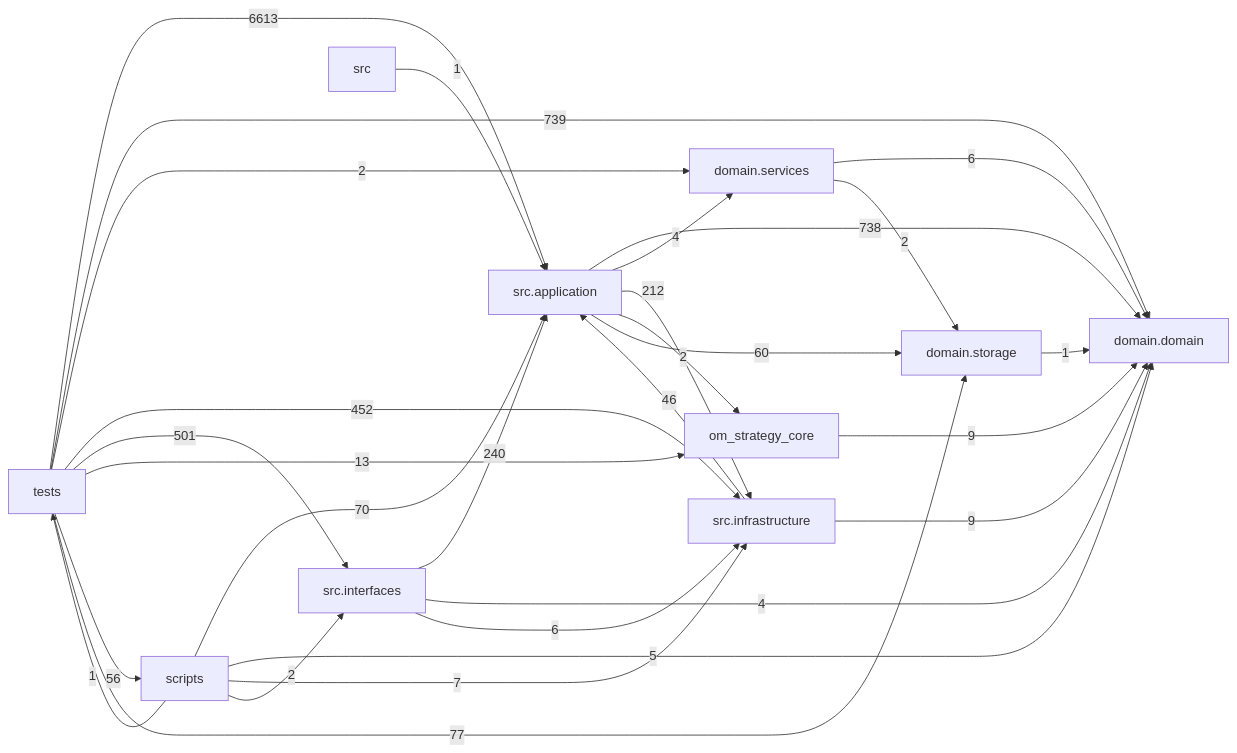
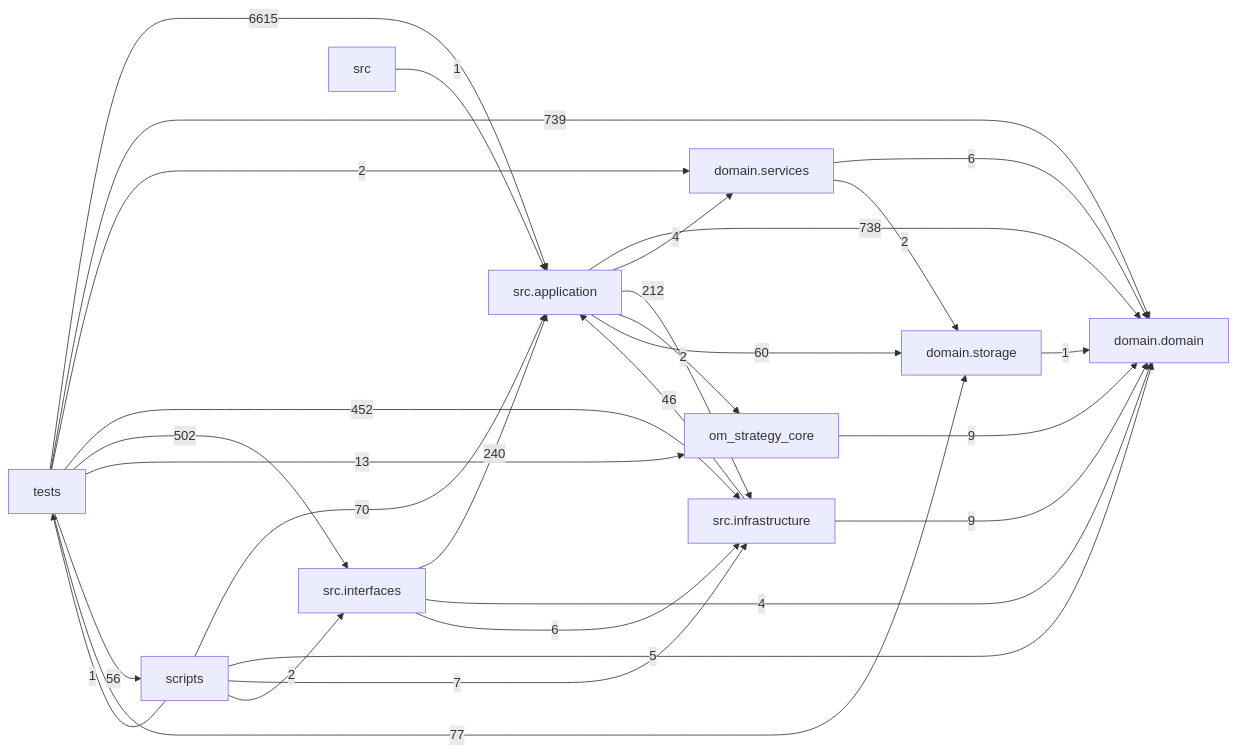
The diagram in docs/DEPENDENCY_GRAPH.md (liuxie066/options-monitor), drawn with Mermaid before and after one commit. The commit also changed other lines of this file and 4 other files, not shown here.

````diff
--- a/docs/DEPENDENCY_GRAPH.md
+++ b/docs/DEPENDENCY_GRAPH.md
@@ -24,39 +24,39 @@
 ```mermaid
 flowchart LR
   tests["tests"]
   scripts["scripts"]
   interfaces["src.interfaces"]
   application["src.application"]
   infrastructure["src.infrastructure"]
   domain_services["domain.services"]
   domain["domain.domain"]
   storage["domain.storage"]
   application -->|738| domain
   application -->|4| domain_services
   application -->|212| infrastructure
   application -->|2| om_strategy_core
   application -->|60| storage
   domain_services -->|6| domain
   domain_services -->|2| storage
   infrastructure -->|46| application
   infrastructure -->|9| domain
   interfaces -->|240| application
   interfaces -->|4| domain
   interfaces -->|6| infrastructure
   om_strategy_core -->|9| domain
   scripts -->|70| application
   scripts -->|5| domain
   scripts -->|7| infrastructure
   scripts -->|2| interfaces
   scripts -->|1| tests
   src -->|1| application
   storage -->|1| domain
-  tests -->|6613| application
+  tests -->|6615| application
   tests -->|739| domain
   tests -->|2| domain_services
   tests -->|452| infrastructure
-  tests -->|501| interfaces
+  tests -->|502| interfaces
   tests -->|13| om_strategy_core
   tests -->|56| scripts
   tests -->|77| storage
 ```
````
